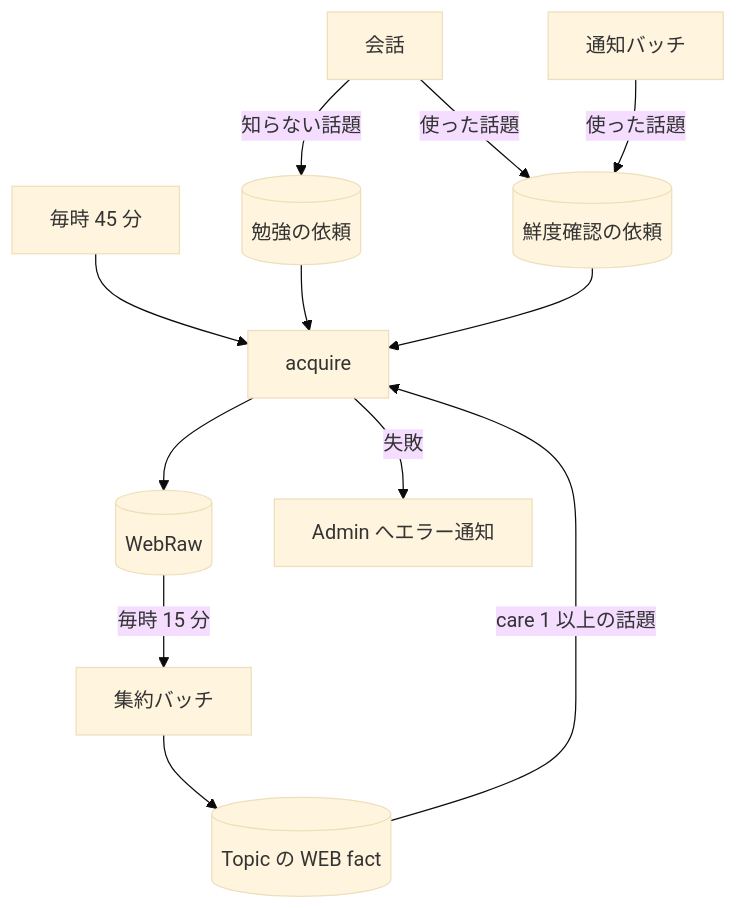
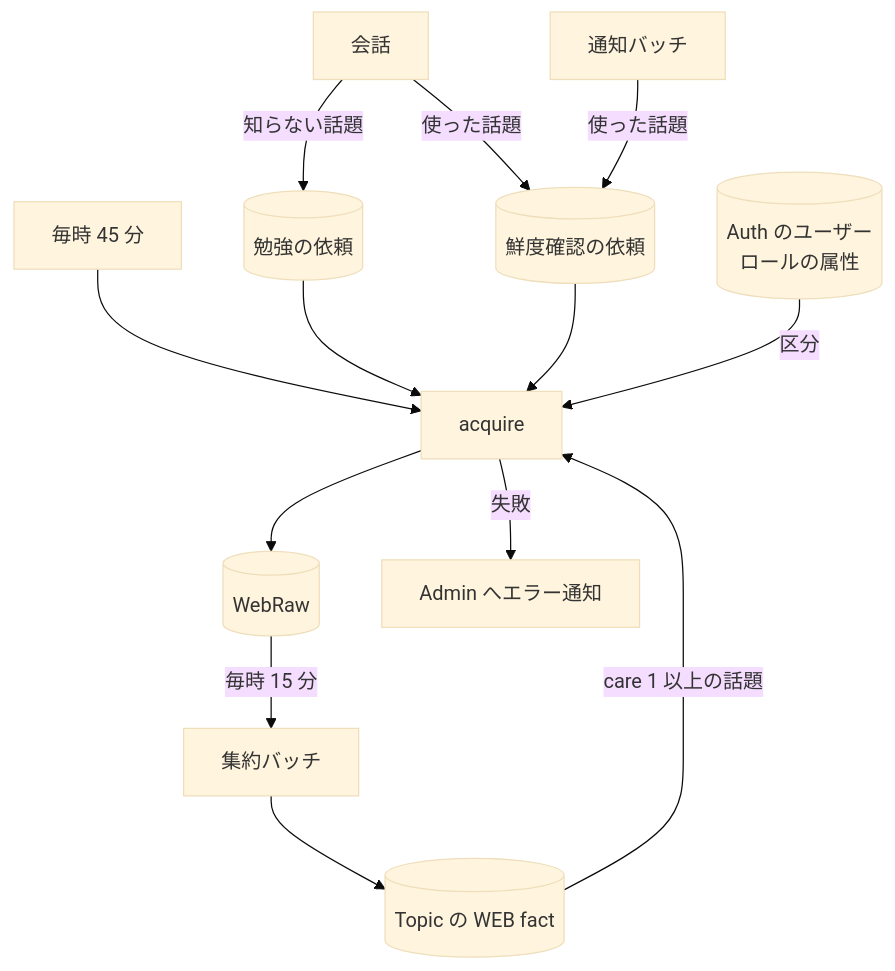
The second of 2 diagrams in docs/services/livetalk/specs/batch/acquire.md (nagiyu/nagiyu-platform), drawn with Mermaid (base theme) before and after one commit. The commit also changed other lines of this file and 33 other files, not shown here.

````diff
--- a/docs/services/livetalk/specs/batch/acquire.md
+++ b/docs/services/livetalk/specs/batch/acquire.md
@@ -100,13 +123,14 @@
 ```mermaid
 flowchart TD
     EB[毎時 45 分] --> L[acquire]
     C[会話] -->|知らない話題| Q[(勉強の依頼)]
     C -->|使った話題| F[(鮮度確認の依頼)]
     N[通知バッチ] -->|使った話題| F
     Q & F --> L
+    AU[(Auth のユーザー<br/>ロールの属性)] -->|区分| L
     L --> W[(WebRaw)]
     W -->|毎時 15 分| CO[集約バッチ]
     CO --> T[(Topic の WEB fact)]
     T -->|care 1 以上の話題| L
     L -->|失敗| AD[Admin へエラー通知]
 ```
````
